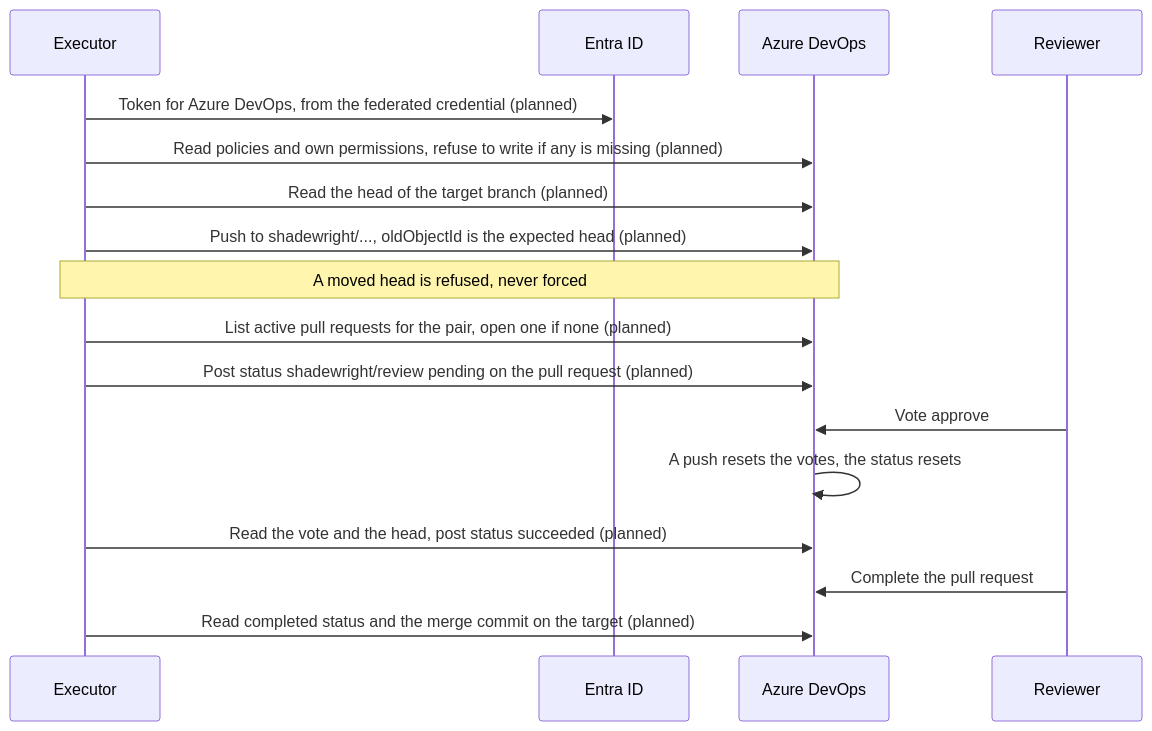
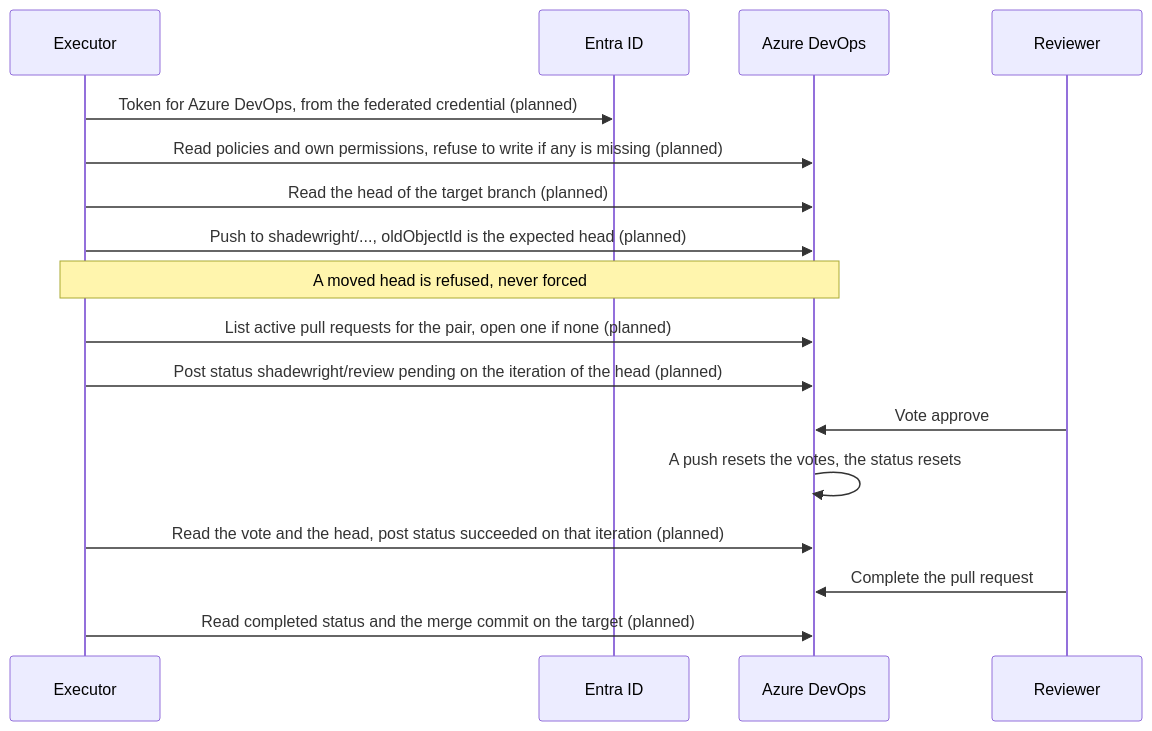
The diagram in docs/adr/0032-azure-devops-as-a-second-git-provider.md (pkalin/shadewright), drawn with Mermaid before and after one commit. The commit also changed other lines of this file, not shown here.

Commit message:
docs(adr): bind the status to the iteration, map mergeStatus to fields, list amendments (#671)

````diff
--- a/docs/adr/0032-azure-devops-as-a-second-git-provider.md
+++ b/docs/adr/0032-azure-devops-as-a-second-git-provider.md
@@ -129,19 +130,19 @@
 ```mermaid
 sequenceDiagram
     participant E as Executor
     participant I as Entra ID
     participant A as Azure DevOps
     participant H as Reviewer
     E->>I: Token for Azure DevOps, from the federated credential (planned)
     E->>A: Read policies and own permissions, refuse to write if any is missing (planned)
     E->>A: Read the head of the target branch (planned)
     E->>A: Push to shadewright/..., oldObjectId is the expected head (planned)
     Note over E,A: A moved head is refused, never forced
     E->>A: List active pull requests for the pair, open one if none (planned)
-    E->>A: Post status shadewright/review pending on the pull request (planned)
+    E->>A: Post status shadewright/review pending on the iteration of the head (planned)
     H->>A: Vote approve
     A->>A: A push resets the votes, the status resets
-    E->>A: Read the vote and the head, post status succeeded (planned)
+    E->>A: Read the vote and the head, post status succeeded on that iteration (planned)
     H->>A: Complete the pull request
     E->>A: Read completed status and the merge commit on the target (planned)
 ```
````
